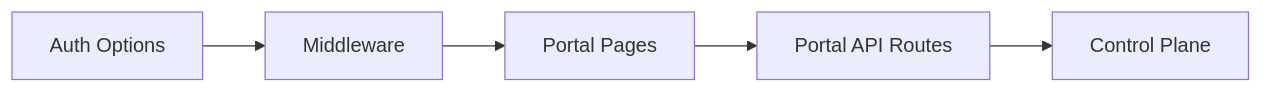
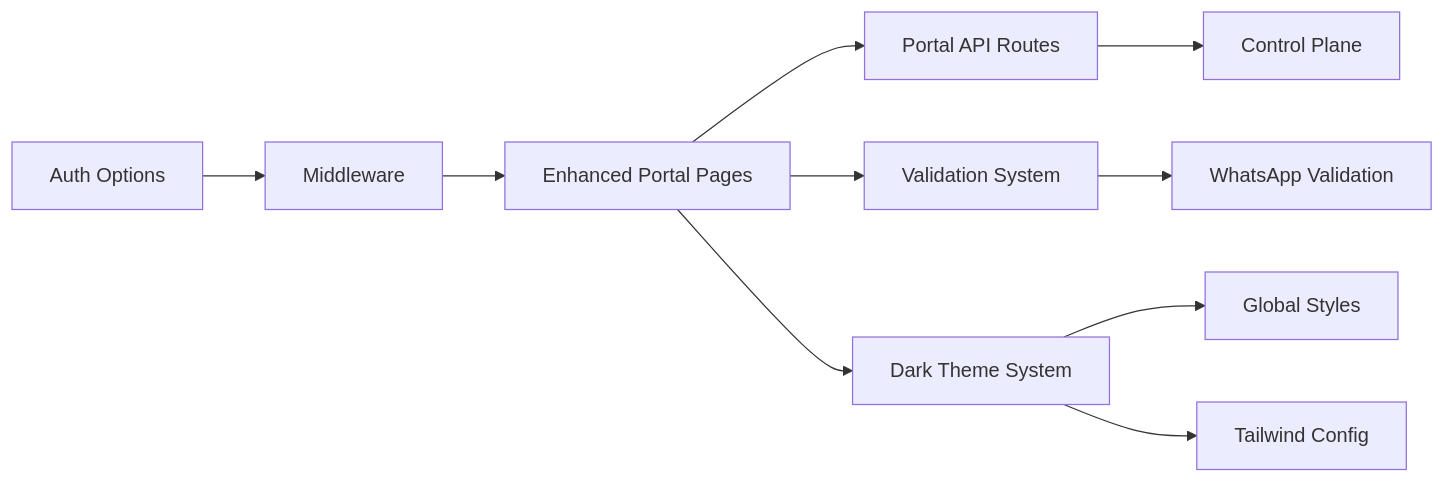
One commit to askchiwa-spec/FLOW-HQ-BOT changed the ninth of 9 diagrams in .qoder/repowiki/en/content/Frontend Application/Portal Interface.md. Above: the diagram before and after it, drawn with Mermaid. The commit also changed other lines of this file and 69 other files, not shown here.

````diff
--- a/.qoder/repowiki/en/content/Frontend Application/Portal Interface.md
+++ b/.qoder/repowiki/en/content/Frontend Application/Portal Interface.md
@@ -345,7 +384,12 @@
 ```mermaid
 graph LR
-UI["Portal Pages"] --> API["Portal API Routes"]
+UI["Enhanced Portal Pages"] --> API["Portal API Routes"]
+UI --> V["Validation System"]
 API --> CP["Control Plane"]
 AUTH["Auth Options"] --> MW["Middleware"]
 MW --> UI
+V --> Validators["WhatsApp Validation"]
+UI --> Theme["Dark Theme System"]
+Theme --> CSS["Global Styles"]
+Theme --> Tailwind["Tailwind Config"]
 ```
````
